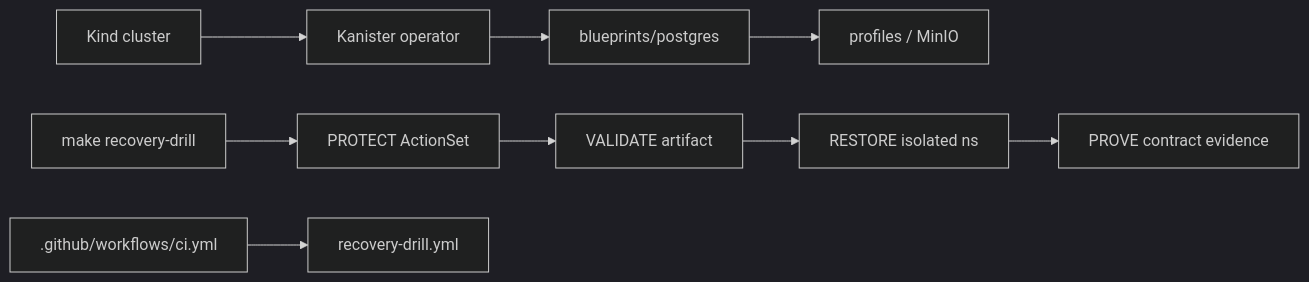
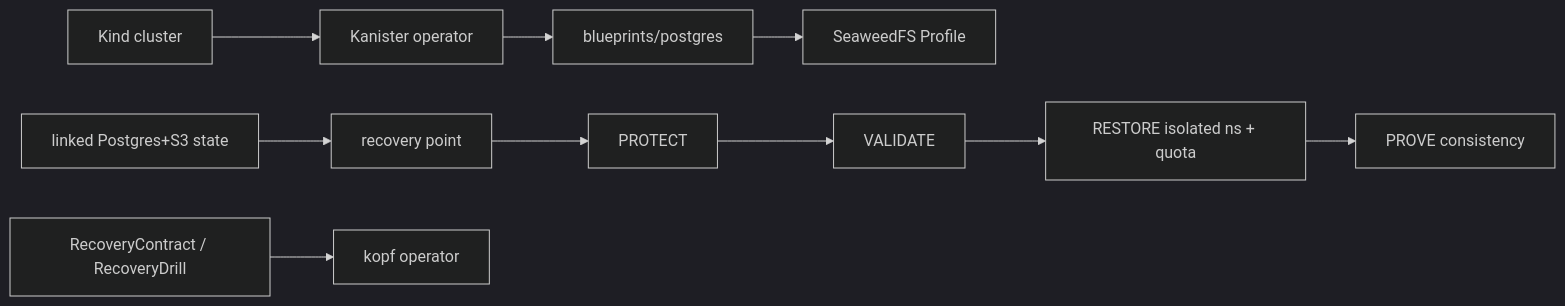
One commit to justrunme/kanister-backup-restore changed the diagram in README.md. Above: the diagram before and after it, drawn with Mermaid (dark theme). The commit also changed other lines of this file and 30 other files, not shown here.

First line of the commit message:
feat: multi-service Postgres+S3 recovery contract with CRDs (#19)

````diff
--- a/README.md
+++ b/README.md
@@ -38,11 +42,12 @@
 ```mermaid
 flowchart LR
   Kind[Kind cluster] --> Kan[Kanister operator]
   Kan --> BP[blueprints/postgres]
-  BP --> MinIO[profiles / MinIO]
-  Scripts[make recovery-drill] --> Protect[PROTECT ActionSet]
-  Protect --> Validate[VALIDATE artifact]
-  Validate --> Restore[RESTORE isolated ns]
-  Restore --> Prove[PROVE contract evidence]
-  CI[.github/workflows/ci.yml] --> Drill[recovery-drill.yml]
+  BP --> S3[SeaweedFS Profile]
+  App[linked Postgres+S3 state] --> RP[recovery point]
+  RP --> Protect[PROTECT]
+  Protect --> Validate[VALIDATE]
+  Validate --> Restore[RESTORE isolated ns + quota]
+  Restore --> Prove[PROVE consistency]
+  CRD[RecoveryContract / RecoveryDrill] --> Op[kopf operator]
 ```
````
